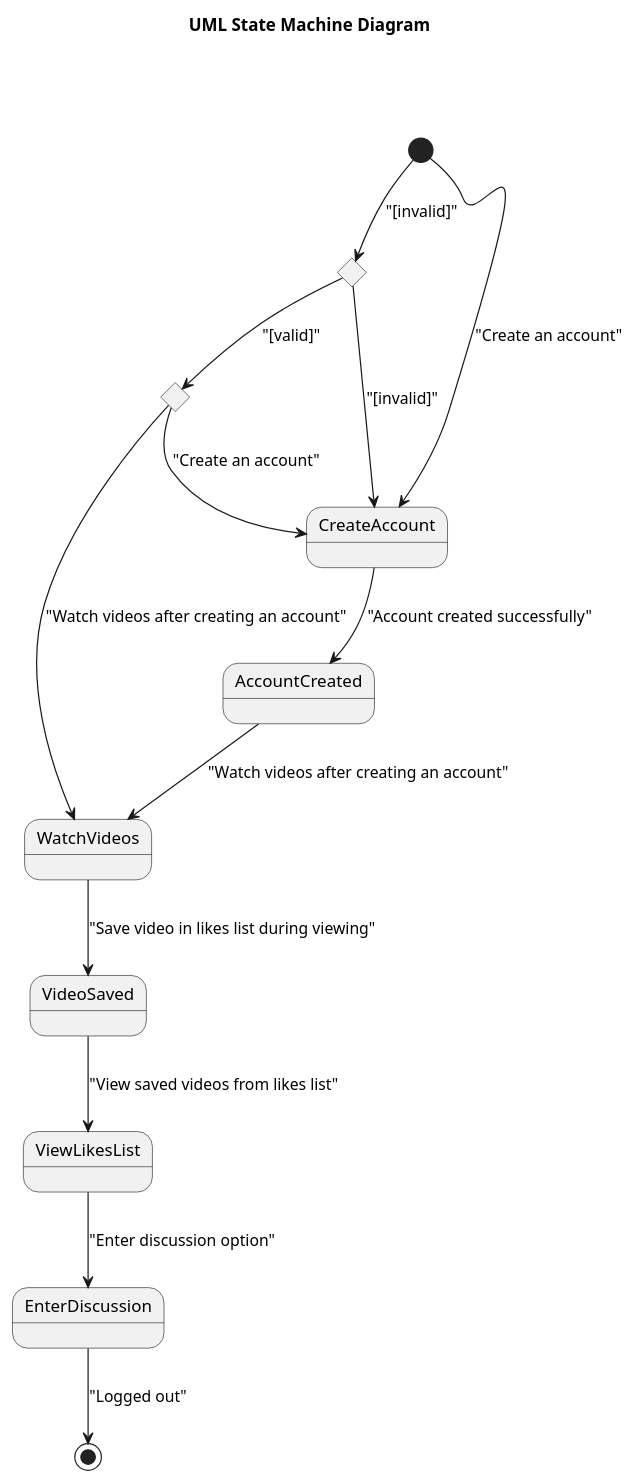
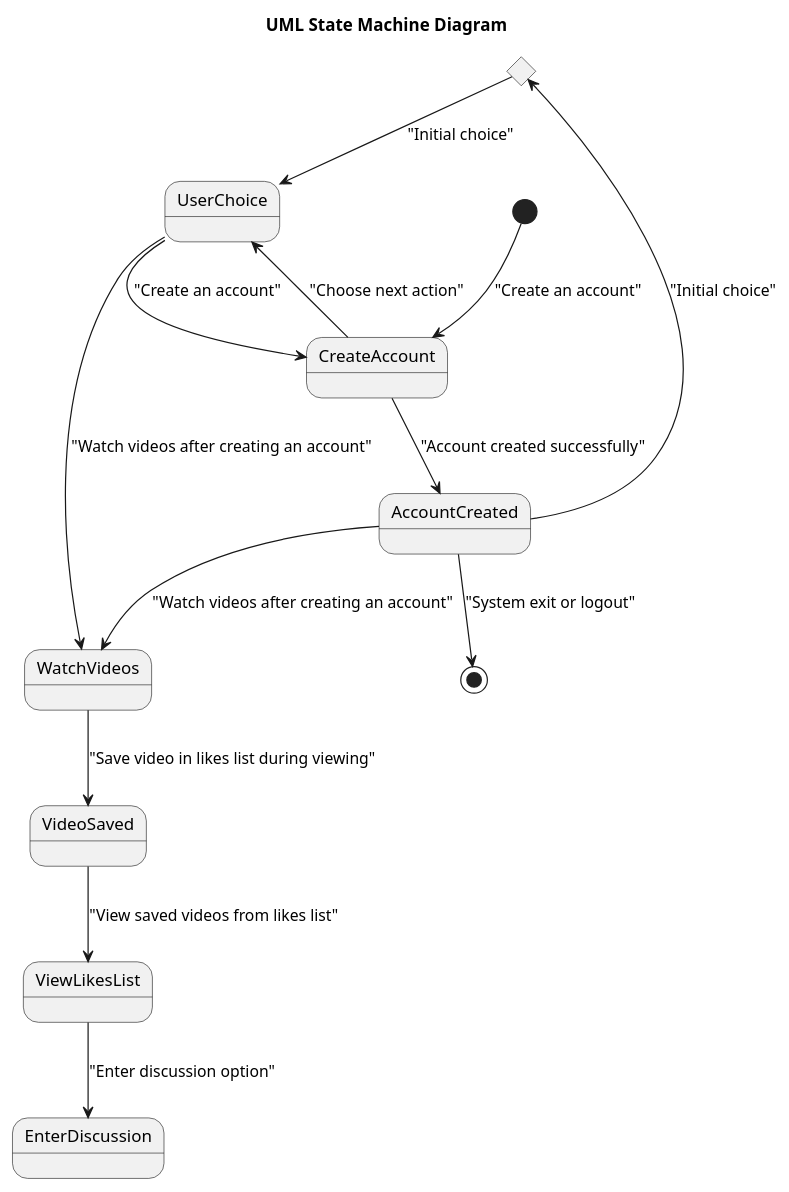
Before and after one commit to maimunafaria/State_transition_Diagram_generated_by_LLM: the diagram in results/plantuml_pipeline_run2/runs/open_source__qwen25_7b_instruct__rag_validation_generator_critic_repair/case_28_ott_based_system_mini_reel/run_01.puml, drawn with PlantUML. The commit also changed 148 other files, not shown here.

```diff
--- a/results/plantuml_pipeline_run2/runs/open_source__qwen25_7b_instruct__rag_validation_generator_critic_repair/case_28_ott_based_system_mini_reel/run_01.puml
+++ b/results/plantuml_pipeline_run2/runs/open_source__qwen25_7b_instruct__rag_validation_generator_critic_repair/case_28_ott_based_system_mini_reel/run_01.puml
@@ -1,23 +1,25 @@
 @startuml
 title UML State Machine Diagram
 
 state StartChoice <<choice>>
-state UserChoice <<choice>>
 
 [*] --> CreateAccount : "Create an account"
 CreateAccount --> AccountCreated : "Account created successfully"
 
 AccountCreated --> WatchVideos : "Watch videos after creating an account"
 WatchVideos --> VideoSaved : "Save video in likes list during viewing"
 VideoSaved --> ViewLikesList : "View saved videos from likes list"
 ViewLikesList --> EnterDiscussion : "Enter discussion option"
-EnterDiscussion --> [*] : "Logged out"
 
+CreateAccount --> UserChoice : "Choose next action"
 UserChoice --> CreateAccount : "Create an account"
 UserChoice --> WatchVideos : "Watch videos after creating an account"
-StartChoice --> UserChoice : "[valid]"
-StartChoice --> CreateAccount : "[invalid]"
 
-[*] --> StartChoice : "[invalid]"
+AccountCreated --> [*] : "System exit or logout"
+
+state UserChoice <<choice>>
+StartChoice --> UserChoice : "Initial choice"
+
+AccountCreated --> StartChoice : "Initial choice"
 
 @enduml
```
